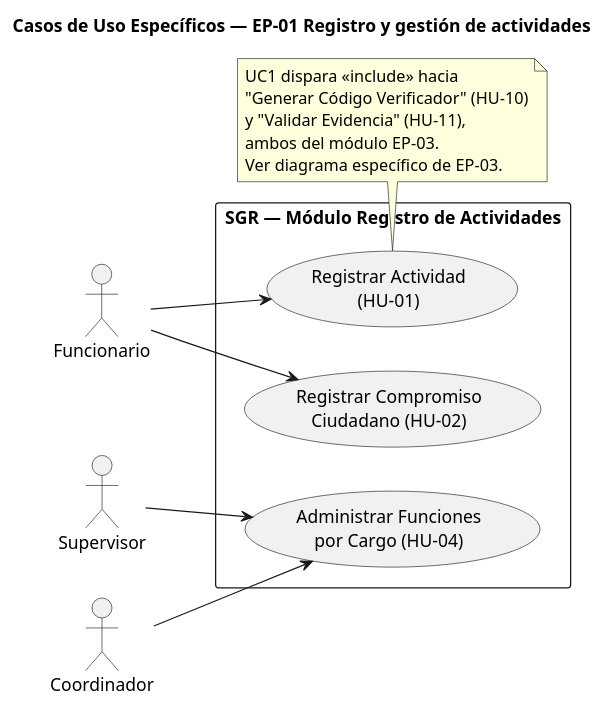
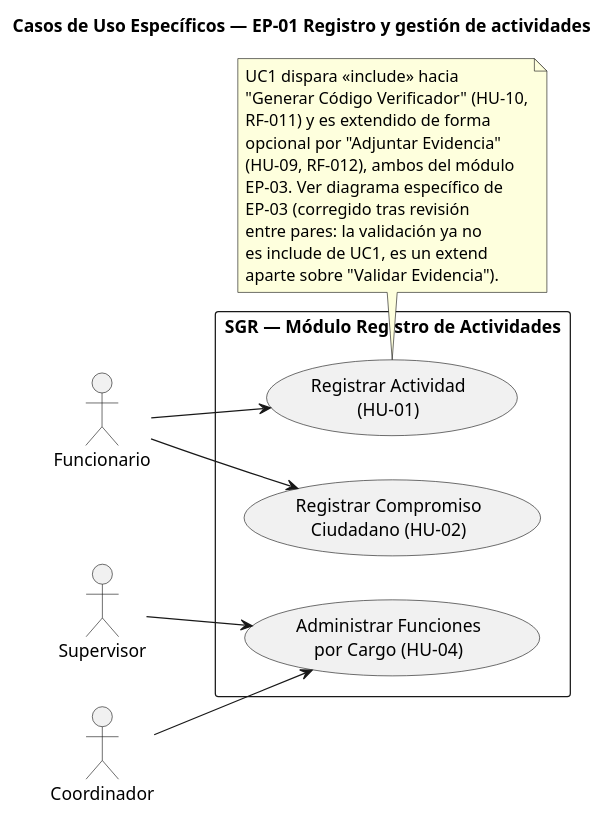
One commit to Ren-reno/ev1 changed the diagram in assets/actividad-3/cu-ep01-registro-gestion-actividades.puml. Above: the diagram before and after it, drawn with PlantUML. The commit also changed 9 other files, not shown here.

First line of the commit message:
fix: corregir include/extend en EP-03 (Validar Evidencia)

```diff
--- a/assets/actividad-3/cu-ep01-registro-gestion-actividades.puml
+++ b/assets/actividad-3/cu-ep01-registro-gestion-actividades.puml
@@ -1,28 +1,33 @@
 @startuml cu-ep01-registro-gestion-actividades
 left to right direction
 title Casos de Uso Específicos — EP-01 Registro y gestión de actividades
 
 actor "Funcionario" as FUN
 actor "Supervisor" as SUP
 actor "Coordinador" as COORD
 
 rectangle "SGR — Módulo Registro de Actividades" {
   usecase "Registrar Actividad\n(HU-01)" as UC1
   usecase "Registrar Compromiso\nCiudadano (HU-02)" as UC2
   usecase "Administrar Funciones\npor Cargo (HU-04)" as UC4
 }
 
 FUN --> UC1
 FUN --> UC2
 SUP --> UC4
 COORD --> UC4
 
 note bottom of UC1
   UC1 dispara <<include>> hacia
-  "Generar Código Verificador" (HU-10)
-  y "Validar Evidencia" (HU-11),
-  ambos del módulo EP-03.
-  Ver diagrama específico de EP-03.
+  "Generar Código Verificador" (HU-10,
+  RF-011) y es extendido de forma
+  opcional por "Adjuntar Evidencia"
+  (HU-09, RF-012), ambos del módulo
+  EP-03. Ver diagrama específico de
+  EP-03 (corregido tras revisión
+  entre pares: la validación ya no
+  es include de UC1, es un extend
+  aparte sobre "Validar Evidencia").
 end note
 
 @enduml
```
